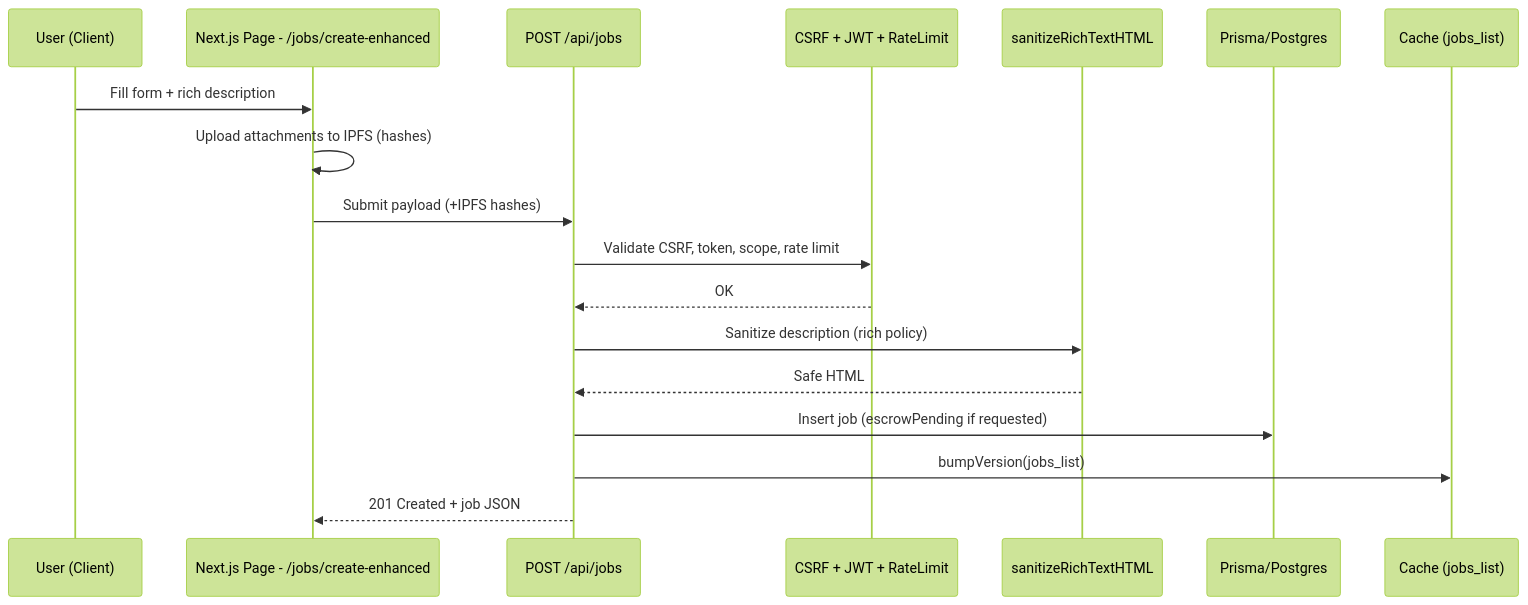
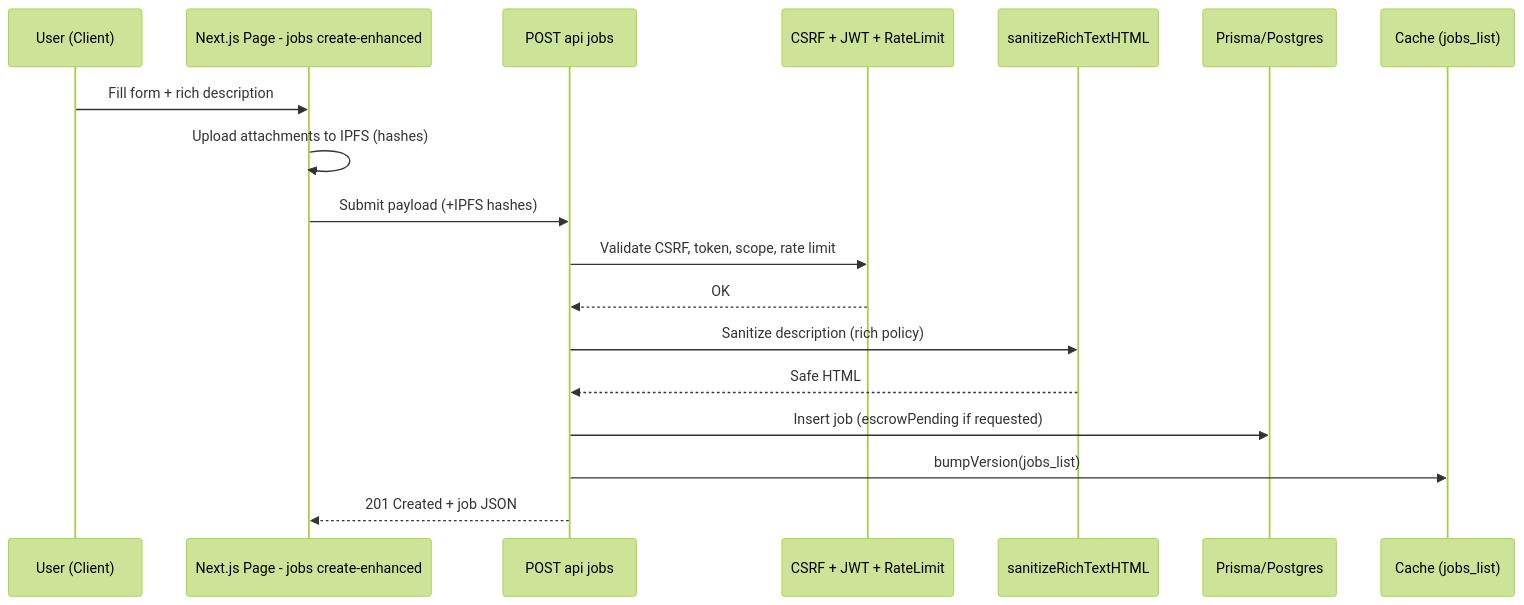
One commit to VoTeXG/freelancer_and_job_hunting_website changed the second of 10 diagrams in docs/DIAGRAMS.md. Above: the diagram before and after it, drawn with Mermaid (forest theme). The commit also changed other lines of this file, not shown here.

Commit message:
Remove slashes from Mermaid labels

````diff
--- a/docs/DIAGRAMS.md
+++ b/docs/DIAGRAMS.md
@@ -41,21 +41,21 @@
 ```mermaid
 sequenceDiagram
   participant U as User (Client)
-  participant FE as Next.js Page - /jobs/create-enhanced
-  participant API as POST /api/jobs
+  participant FE as Next.js Page - jobs create-enhanced
+  participant API as POST api jobs
   participant SEC as CSRF + JWT + RateLimit
   participant SAN as sanitizeRichTextHTML
   participant DB as Prisma/Postgres
   participant CACHE as Cache (jobs_list)
 
   U->>FE: Fill form + rich description
   FE->>FE: Upload attachments to IPFS (hashes)
   FE->>API: Submit payload (+IPFS hashes)
   API->>SEC: Validate CSRF, token, scope, rate limit
   SEC-->>API: OK
   API->>SAN: Sanitize description (rich policy)
   SAN-->>API: Safe HTML
   API->>DB: Insert job (escrowPending if requested)
   API->>CACHE: bumpVersion(jobs_list)
   API-->>FE: 201 Created + job JSON
 ```
````
